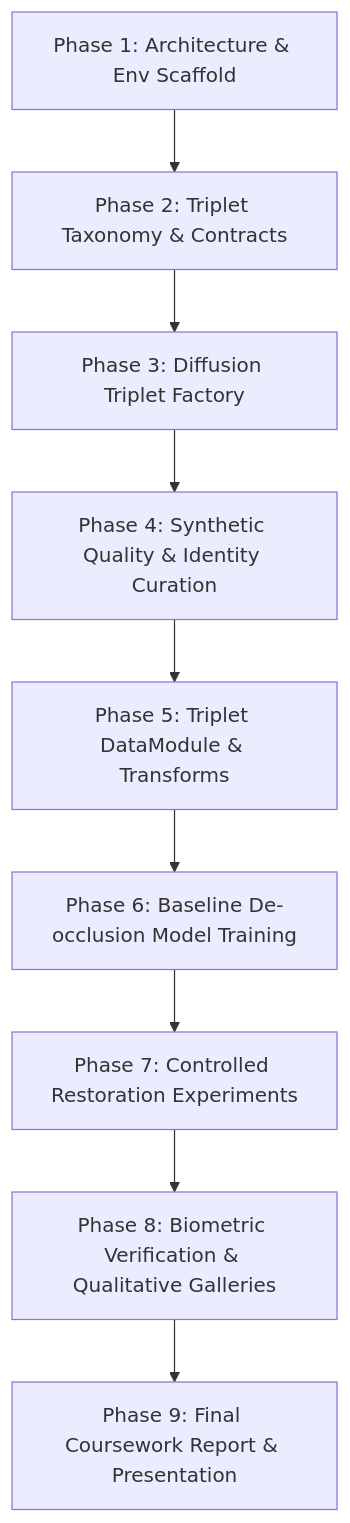
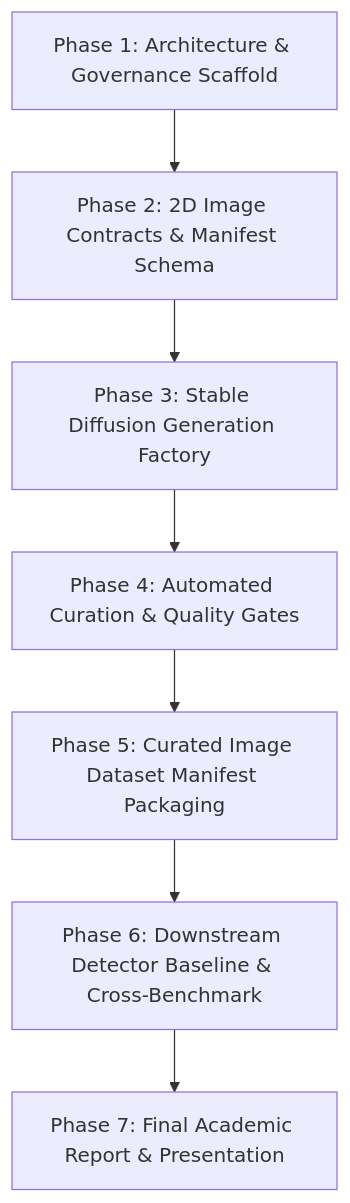
Before and after one commit to bush-le/uth-cv-coursework: the diagram in docs/progress/PROJECT_ROADMAP.md, drawn with Mermaid. The commit also changed other lines of this file and 36 other files, not shown here.

First line of the commit message:
feat: Implement deepfake image dataset and schema

````diff
--- a/docs/progress/PROJECT_ROADMAP.md
+++ b/docs/progress/PROJECT_ROADMAP.md
@@ -15,11 +15,9 @@
 ```mermaid
 flowchart TD
-    P1["Phase 1: Architecture & Env Scaffold"] --> P2["Phase 2: Triplet Taxonomy & Contracts"]
-    P2 --> P3["Phase 3: Diffusion Triplet Factory"]
-    P3 --> P4["Phase 4: Synthetic Quality & Identity Curation"]
-    P4 --> P5["Phase 5: Triplet DataModule & Transforms"]
-    P5 --> P6["Phase 6: Baseline De-occlusion Model Training"]
-    P6 --> P7["Phase 7: Controlled Restoration Experiments"]
-    P7 --> P8["Phase 8: Biometric Verification & Qualitative Galleries"]
-    P8 --> P9["Phase 9: Final Coursework Report & Presentation"]
+    P1["Phase 1: Architecture & Governance Scaffold"] --> P2["Phase 2: 2D Image Contracts & Manifest Schema"]
+    P2 --> P3["Phase 3: Stable Diffusion Generation Factory"]
+    P3 --> P4["Phase 4: Automated Curation & Quality Gates"]
+    P4 --> P5["Phase 5: Curated Image Dataset Manifest Packaging"]
+    P5 --> P6["Phase 6: Downstream Detector Baseline & Cross-Benchmark"]
+    P6 --> P7["Phase 7: Final Academic Report & Presentation"]
 ```
````
